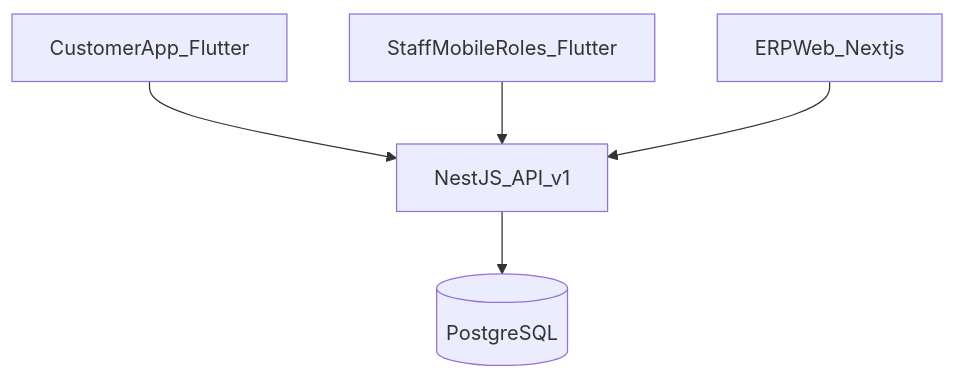
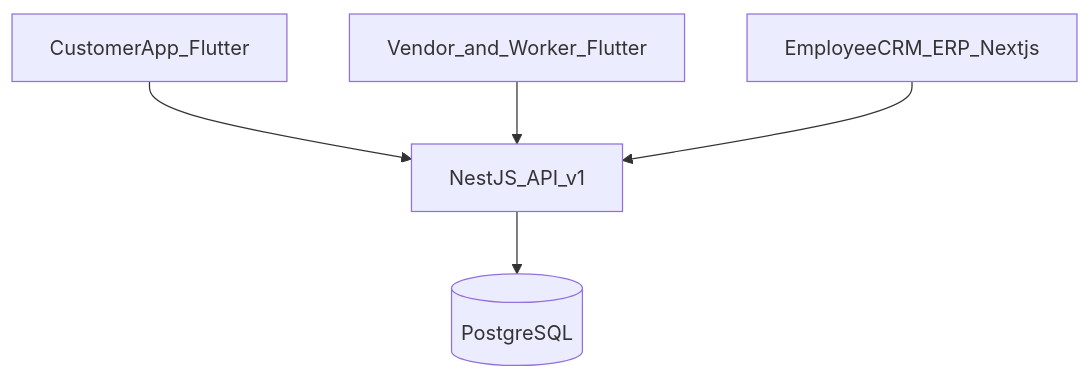
One commit to mee-events/Mee-Events changed the first of 2 diagrams in docs/01-overview/README.md. Above: the diagram before and after it, drawn with Mermaid. The commit also changed other lines of this file and 26 other files, not shown here.

````diff
--- a/docs/01-overview/README.md
+++ b/docs/01-overview/README.md
@@ -71,12 +71,12 @@
 ```mermaid
 flowchart TB
   CustomerApp[CustomerApp_Flutter]
-  StaffMobile[StaffMobileRoles_Flutter]
-  ErpWeb[ERPWeb_Nextjs]
+  VendorWorker[Vendor_and_Worker_Flutter]
+  ErpWeb[EmployeeCRM_ERP_Nextjs]
   Api[NestJS_API_v1]
   Db[(PostgreSQL)]
   CustomerApp --> Api
-  StaffMobile --> Api
+  VendorWorker --> Api
   ErpWeb --> Api
   Api --> Db
 ```
````
